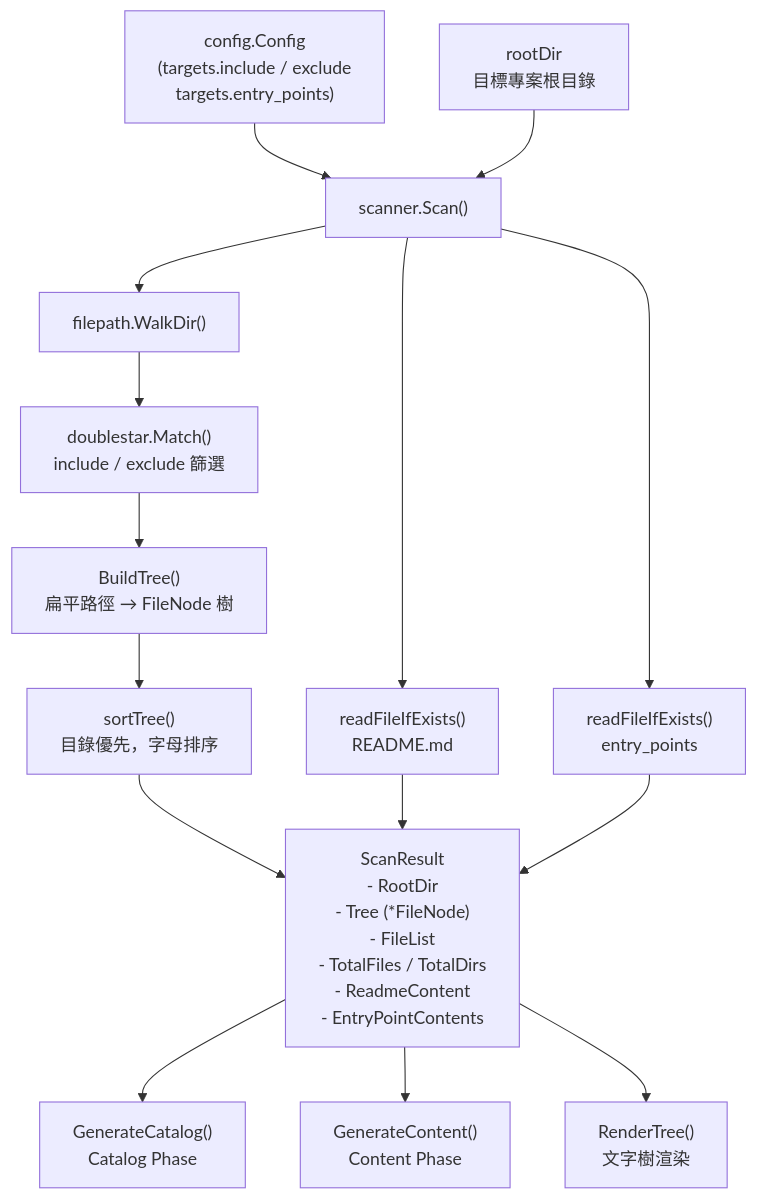
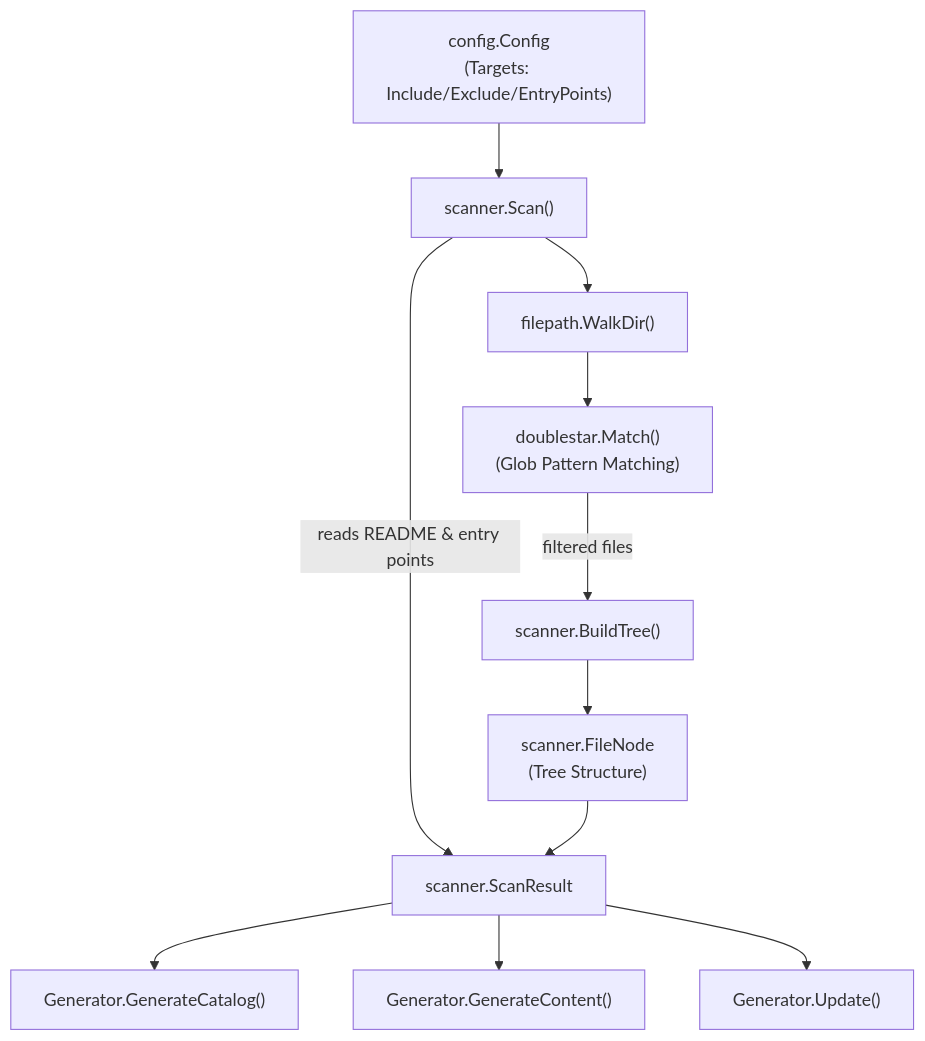
The first of 2 diagrams in docs/core-modules/scanner/index.md (monkenWu/selfmd-claude-code), drawn with Mermaid before and after one commit. The commit also changed other lines of this file and 145 other files, not shown here.

````diff
--- a/docs/core-modules/scanner/index.md
+++ b/docs/core-modules/scanner/index.md
@@ -27,36 +19,22 @@
 ```mermaid
 flowchart TD
-    Config["config.Config\n(targets.include / exclude\ntargets.entry_points)"]
-    RootDir["rootDir\n目標專案根目錄"]
-
+    Config["config.Config\n(Targets: Include/Exclude/EntryPoints)"]
     Scan["scanner.Scan()"]
-
     WalkDir["filepath.WalkDir()"]
-    GlobMatch["doublestar.Match()\ninclude / exclude 篩選"]
-    ReadReadme["readFileIfExists()\nREADME.md"]
-    ReadEntryPoints["readFileIfExists()\nentry_points"]
-    BuildTree["BuildTree()\n扁平路徑 → FileNode 樹"]
-    SortTree["sortTree()\n目錄優先，字母排序"]
-
-    ScanResult["ScanResult\n- RootDir\n- Tree (*FileNode)\n- FileList\n- TotalFiles / TotalDirs\n- ReadmeContent\n- EntryPointContents"]
-
-    CatalogPhase["GenerateCatalog()\nCatalog Phase"]
-    ContentPhase["GenerateContent()\nContent Phase"]
-    RenderTree["RenderTree()\n文字樹渲染"]
+    Doublestar["doublestar.Match()\n(Glob Pattern Matching)"]
+    BuildTree["scanner.BuildTree()"]
+    ScanResult["scanner.ScanResult"]
+    FileNode["scanner.FileNode\n(Tree Structure)"]
 
     Config --> Scan
-    RootDir --> Scan
     Scan --> WalkDir
-    WalkDir --> GlobMatch
-    GlobMatch --> BuildTree
-    BuildTree --> SortTree
-    Scan --> ReadReadme
-    Scan --> ReadEntryPoints
-    SortTree --> ScanResult
-    ReadReadme --> ScanResult
-    ReadEntryPoints --> ScanResult
+    WalkDir --> Doublestar
+    Doublestar -->|filtered files| BuildTree
+    BuildTree --> FileNode
+    Scan -->|reads README & entry points| ScanResult
+    FileNode --> ScanResult
 
-    ScanResult --> CatalogPhase
-    ScanResult --> ContentPhase
-    ScanResult --> RenderTree
+    ScanResult --> CatalogPhase["Generator.GenerateCatalog()"]
+    ScanResult --> ContentPhase["Generator.GenerateContent()"]
+    ScanResult --> UpdatePhase["Generator.Update()"]
 ```
````
